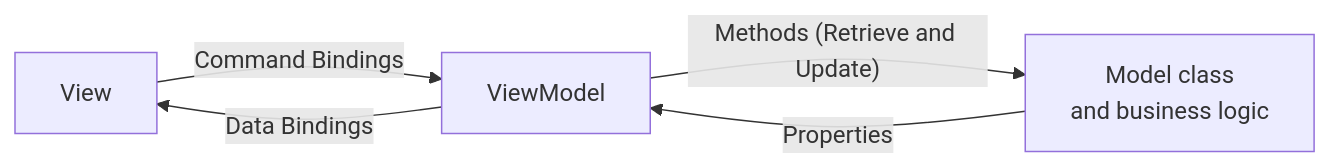
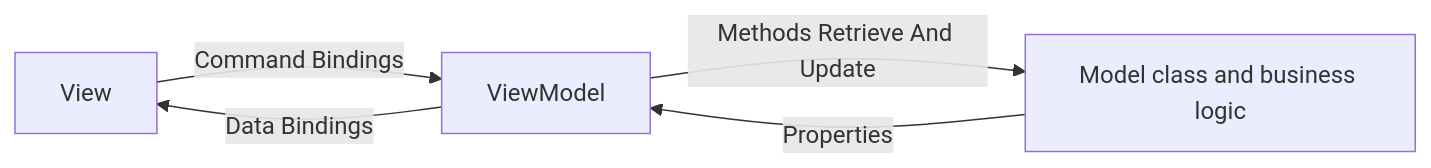
Before and after one commit to sdsanchezm/csharp-wpf-mvvm: the diagram in README.md, drawn with Mermaid.

Commit message:
adjusting mermaid 3

```diff
--- a/README.md
+++ b/README.md
@@ -7,11 +7,10 @@
 ~~~mermaid
 flowchart LR
-    ViewX["View"]
-    ViewModelX["ViewModel"]
-    ModelX["Model class
-    and business logic"]
-    ViewX --Command Bindings--> ViewModelX
-    ViewModelX -- Data Bindings --> ViewX
-    ViewModelX --Methods (Retrieve and Update)--> ModelX
-    ModelX --Properties--> ViewModelX
+    View
+    ViewModel
+    ModelX["Model class and business logic"]
+    View --Command Bindings--> ViewModel
+    ViewModel --Data Bindings--> View
+    ViewModel --Methods Retrieve And Update--> ModelX
+    ModelX --Properties--> ViewModel
 ~~~
```
